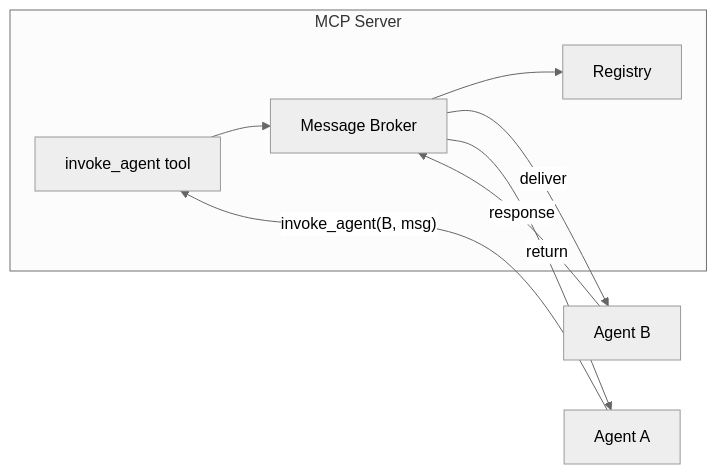
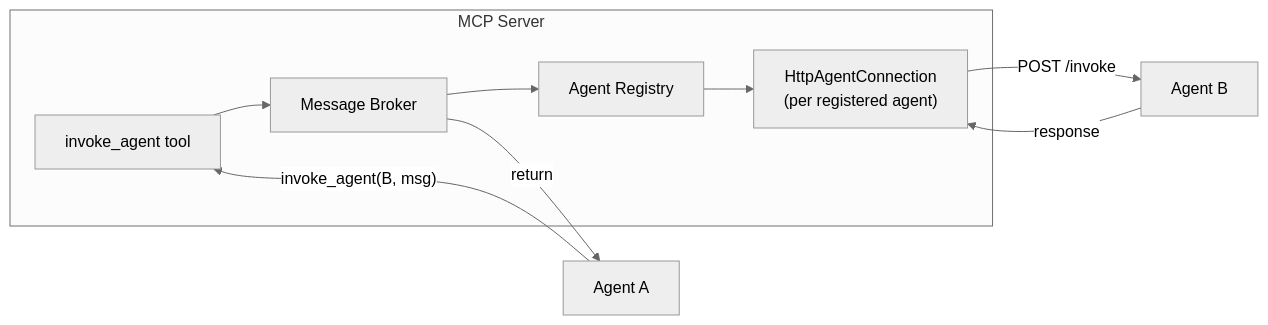
The first of 2 diagrams in docs/message-broker.md (ia64mail/quorum), drawn with Mermaid (neutral theme) before and after one commit. The commit also changed other lines of this file and 1 other file, not shown here.

Commit message:
Enhance documentation to include Claude Code SDK integration with MCP orchestration, depth tracking, circular call safeguards, role-based timeouts, and updated diagrams for agent communication and message delivery paths.

````diff
--- a/docs/message-broker.md
+++ b/docs/message-broker.md
@@ -14,16 +16,18 @@
 ```mermaid
 graph LR
     subgraph "MCP Server"
         TOOL["invoke_agent tool"]
         BROKER[Message Broker]
-        REG[Registry]
+        REG[Agent Registry]
+        CONN["HttpAgentConnection<br/>(per registered agent)"]
 
         TOOL --> BROKER
         BROKER --> REG
+        REG --> CONN
     end
 
     A1[Agent A] -->|"invoke_agent(B, msg)"| TOOL
-    BROKER -->|"deliver"| A2[Agent B]
-    A2 -->|"response"| BROKER
+    CONN -->|"POST /invoke"| A2[Agent B]
+    A2 -->|"response"| CONN
     BROKER -->|"return"| A1
 ```
````
